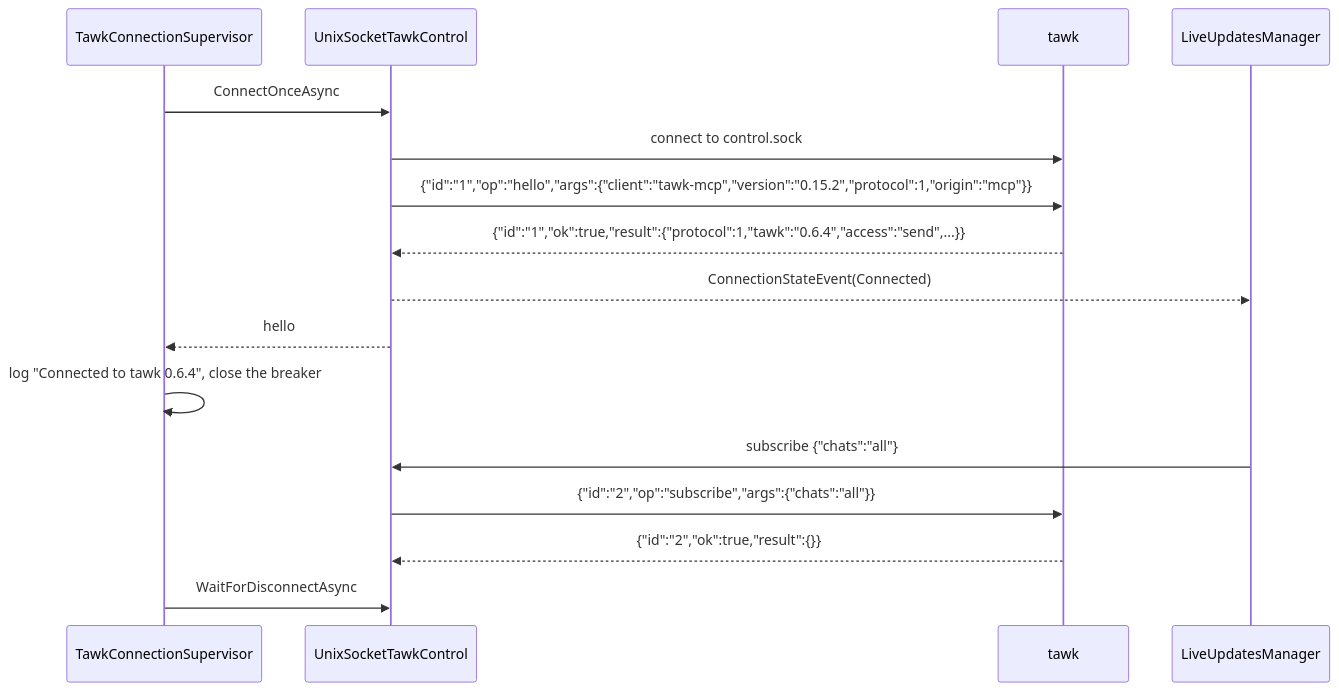
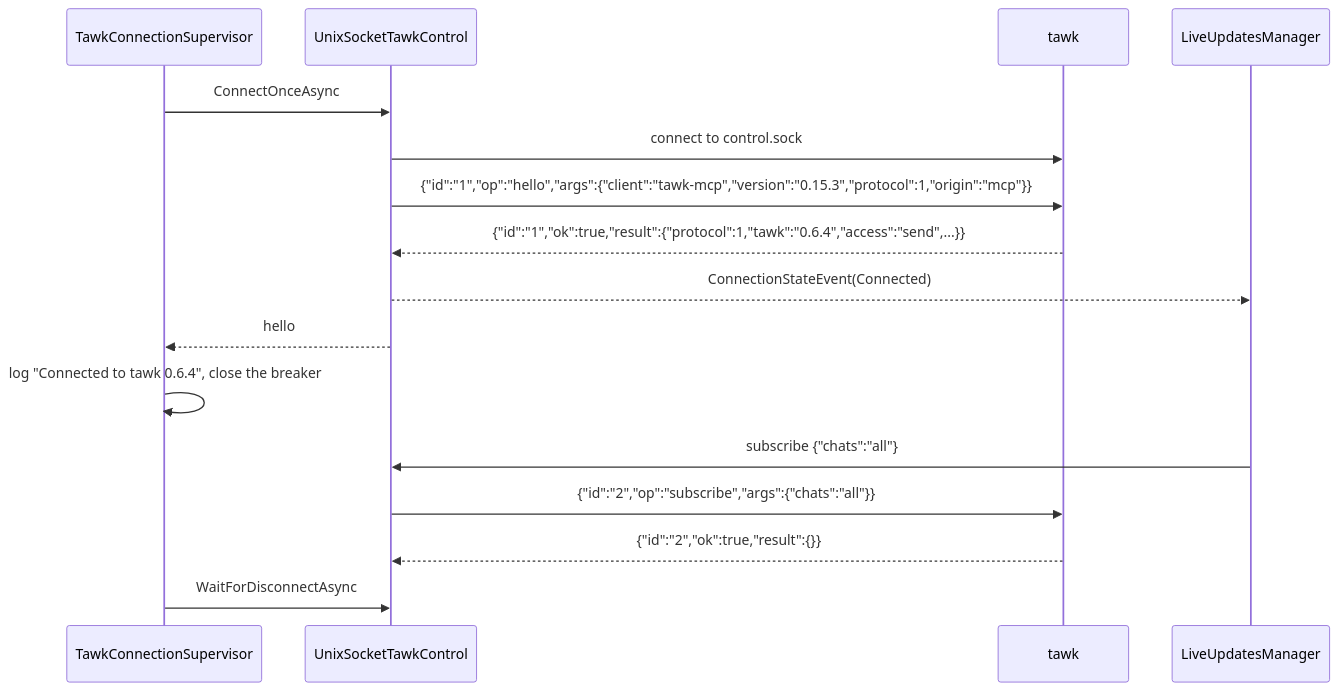
Before and after one commit to loganventer/Corvus.Mcp.Server.Tawk: the first of 14 diagrams in HOW_IT_WORKS.md, drawn with Mermaid. The commit also changed 8 other files, not shown here.

````diff
--- a/HOW_IT_WORKS.md
+++ b/HOW_IT_WORKS.md
@@ -31,19 +31,19 @@
 ```mermaid
 sequenceDiagram
     participant S as TawkConnectionSupervisor
     participant C as UnixSocketTawkControl
     participant T as tawk
     participant L as LiveUpdatesManager
 
     S->>C: ConnectOnceAsync
     C->>T: connect to control.sock
-    C->>T: {"id":"1","op":"hello","args":{"client":"tawk-mcp","version":"0.15.2","protocol":1,"origin":"mcp"}}
+    C->>T: {"id":"1","op":"hello","args":{"client":"tawk-mcp","version":"0.15.3","protocol":1,"origin":"mcp"}}
     T-->>C: {"id":"1","ok":true,"result":{"protocol":1,"tawk":"0.6.4","access":"send",...}}
     C-->>L: ConnectionStateEvent(Connected)
     C-->>S: hello
     S->>S: log "Connected to tawk 0.6.4", close the breaker
     L->>C: subscribe {"chats":"all"}
     C->>T: {"id":"2","op":"subscribe","args":{"chats":"all"}}
     T-->>C: {"id":"2","ok":true,"result":{}}
     S->>C: WaitForDisconnectAsync
 ```
````
